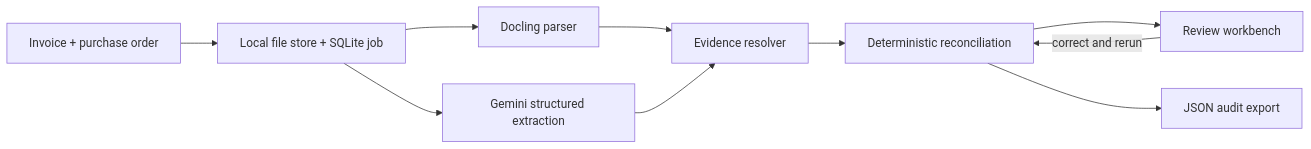
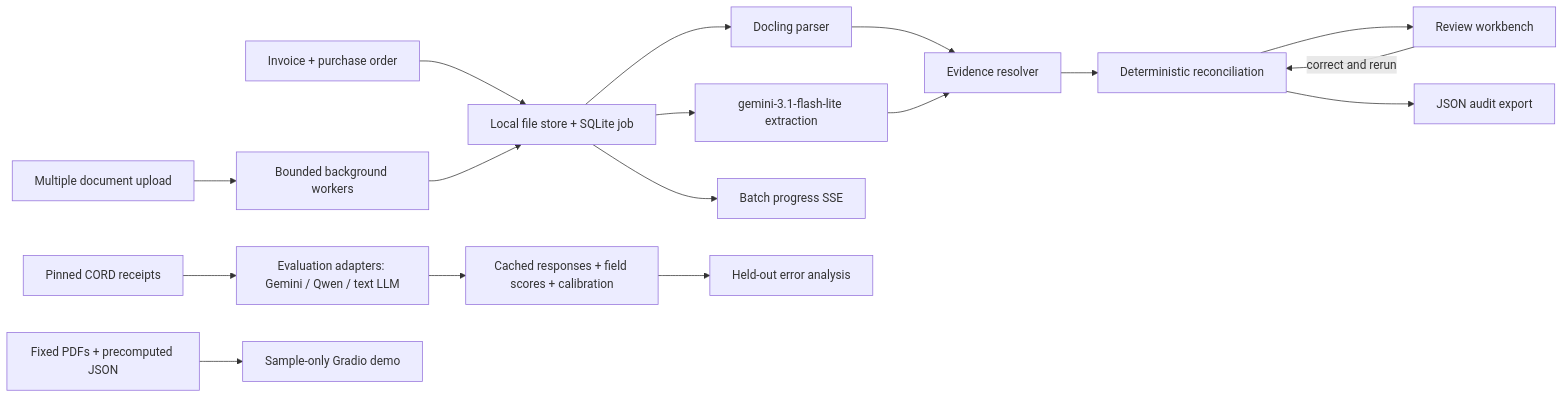
One commit to vi-nayKR/multimodal-document-intelligence changed the diagram in README.md. Above: the diagram before and after it, drawn with Mermaid. The commit also changed other lines of this file and 54 other files, not shown here.

````diff
--- a/README.md
+++ b/README.md
@@ -24,12 +38,19 @@
 ```mermaid
 flowchart LR
     Upload[Invoice + purchase order] --> Store[Local file store + SQLite job]
     Store --> Parse[Docling parser]
-    Store --> Gemini[Gemini structured extraction]
+    Store --> Gemini[gemini-3.1-flash-lite extraction]
     Parse --> Ground[Evidence resolver]
     Gemini --> Ground
     Ground --> Rules[Deterministic reconciliation]
     Rules --> Review[Review workbench]
     Review -->|correct and rerun| Rules
     Rules --> Export[JSON audit export]
+    Batch[Multiple document upload] --> Workers[Bounded background workers]
+    Workers --> Store
+    Store --> SSE[Batch progress SSE]
+    CORD[Pinned CORD receipts] --> Compare[Evaluation adapters: Gemini / Qwen / text LLM]
+    Compare --> Results[Cached responses + field scores + calibration]
+    Results --> Analysis[Held-out error analysis]
+    Sample[Fixed PDFs + precomputed JSON] --> Demo[Sample-only Gradio demo]
 ```
````
